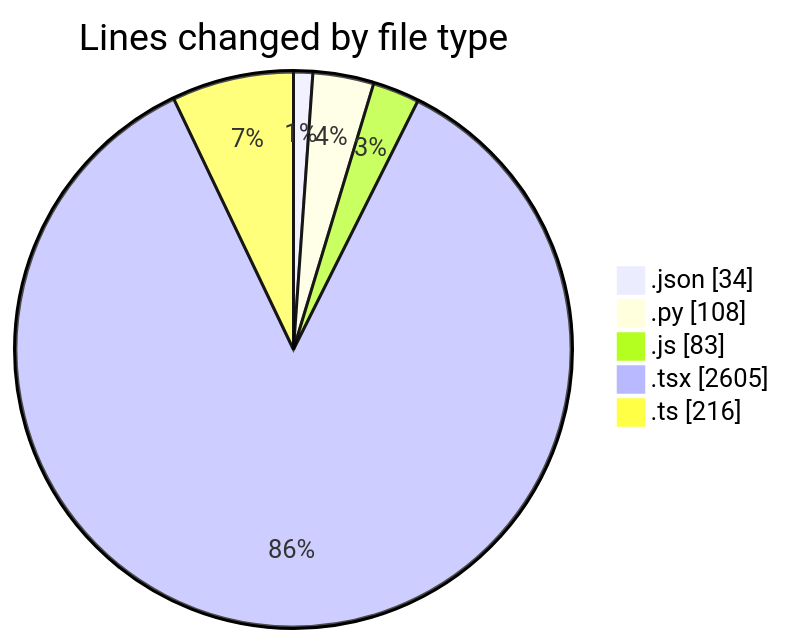
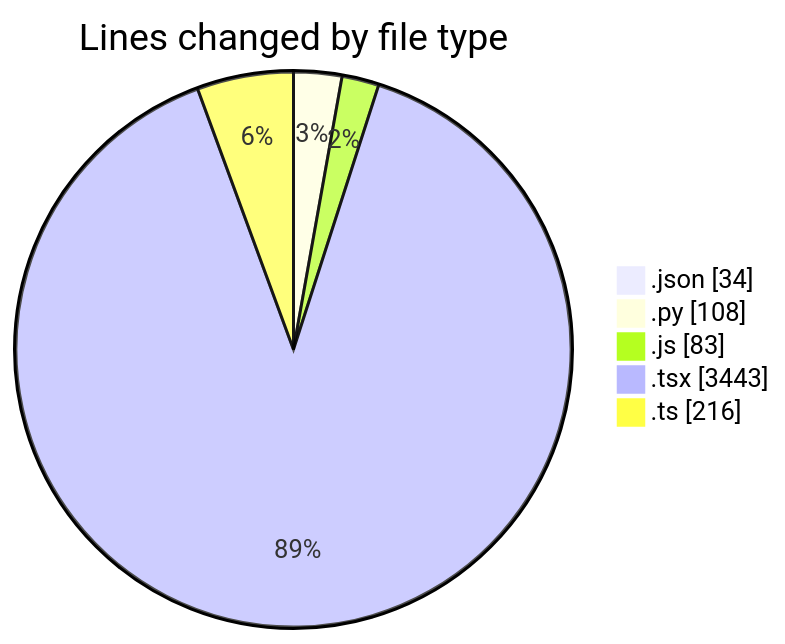
Before and after one commit to nxtqubesakshisongat/code-tracking: the first of 2 diagrams in 2026-07-28/nxtqube_webapp/README.md, drawn with Mermaid. The commit also changed other lines of this file and 1 other file, not shown here.

````diff
--- a/2026-07-28/nxtqube_webapp/README.md
+++ b/2026-07-28/nxtqube_webapp/README.md
@@ -32,9 +33,9 @@
 ```mermaid
 pie showData
 title Lines changed by file type
 ".json" : 34
 ".py" : 108
 ".js" : 83
-".tsx" : 2605
+".tsx" : 3443
 ".ts" : 216
 ```
````
